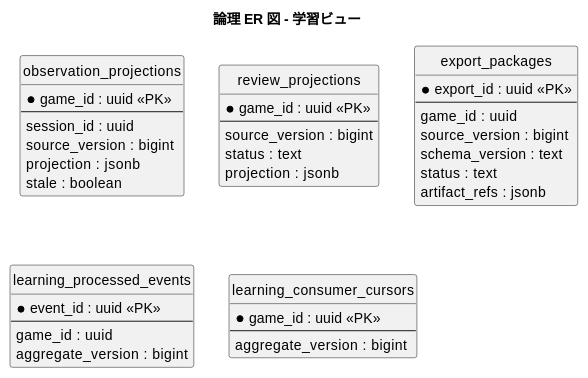
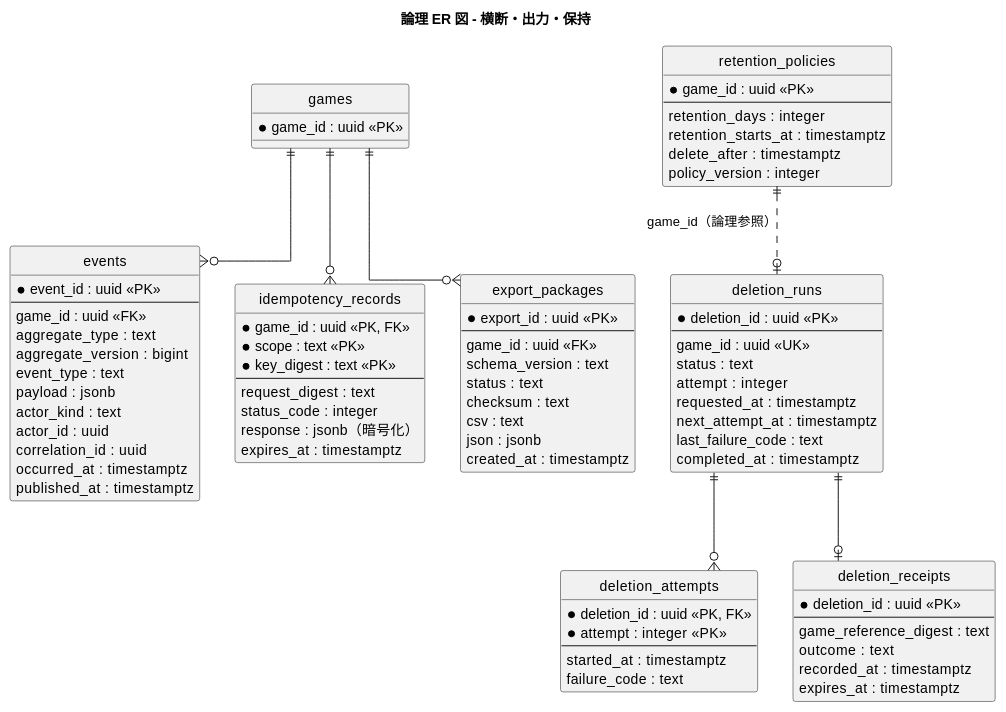
The fourth of 4 diagrams in docs/design/beer-game2/data-model.md (k2works/case-study-beer-game-simulation), drawn with PlantUML before and after one commit. The commit also changed other lines of this file and 5 other files, not shown here.

````diff
--- a/docs/design/beer-game2/data-model.md
+++ b/docs/design/beer-game2/data-model.md
@@ -299,47 +236,94 @@
 ```plantuml
 @startuml
-title 論理 ER 図 - 学習ビュー
+title 論理 ER 図 - 横断・出力・保持
 hide circle
 skinparam linetype ortho
 
-entity "observation_projections" as observation_projections {
+entity "games" as games {
+  * game_id : uuid <<PK>>
+}
+
+entity "events" as events {
+  * event_id : uuid <<PK>>
+  --
+  game_id : uuid <<FK>>
+  aggregate_type : text
+  aggregate_version : bigint
+  event_type : text
+  payload : jsonb
+  actor_kind : text
+  actor_id : uuid
+  correlation_id : uuid
+  occurred_at : timestamptz
+  published_at : timestamptz
+}
+
+entity "idempotency_records" as idem {
+  * game_id : uuid <<PK, FK>>
+  * scope : text <<PK>>
+  * key_digest : text <<PK>>
+  --
+  request_digest : text
+  status_code : integer
+  response : jsonb（暗号化）
+  expires_at : timestamptz
+}
+
+entity "export_packages" as exports {
+  * export_id : uuid <<PK>>
+  --
+  game_id : uuid <<FK>>
+  schema_version : text
+  status : text
+  checksum : text
+  csv : text
+  json : jsonb
+  created_at : timestamptz
+}
+
+entity "retention_policies" as policies {
   * game_id : uuid <<PK>>
   --
-  session_id : uuid
-  source_version : bigint
-  projection : jsonb
-  stale : boolean
+  retention_days : integer
+  retention_starts_at : timestamptz
+  delete_after : timestamptz
+  policy_version : integer
 }
 
-entity "review_projections" as review_projections {
-  * game_id : uuid <<PK>>
+entity "deletion_runs" as runs {
+  * deletion_id : uuid <<PK>>
   --
-  source_version : bigint
+  game_id : uuid <<UK>>
   status : text
-  projection : jsonb
+  attempt : integer
+  requested_at : timestamptz
+  next_attempt_at : timestamptz
+  last_failure_code : text
+  completed_at : timestamptz
 }
 
-entity "export_packages" as export_packages {
-  * export_id : uuid <<PK>>
+entity "deletion_attempts" as attempts {
+  * deletion_id : uuid <<PK, FK>>
+  * attempt : integer <<PK>>
   --
-  game_id : uuid
-  source_version : bigint
-  schema_version : text
-  status : text
-  artifact_refs : jsonb
+  started_at : timestamptz
+  failure_code : text
 }
 
-entity "learning_processed_events" as learning_processed_events {
-  * event_id : uuid <<PK>>
+entity "deletion_receipts" as receipts {
+  * deletion_id : uuid <<PK>>
   --
-  game_id : uuid
-  aggregate_version : bigint
+  game_reference_digest : text
+  outcome : text
+  recorded_at : timestamptz
+  expires_at : timestamptz
 }
 
-entity "learning_consumer_cursors" as learning_consumer_cursors {
-  * game_id : uuid <<PK>>
-  --
-  aggregate_version : bigint
-}
+games ||--o{ events
+games ||--o{ idem
+games ||--o{ exports
+policies ||..o| runs : game_id（論理参照）
+runs ||--o{ attempts
+runs ||--o| receipts
 @enduml
 ```
````
